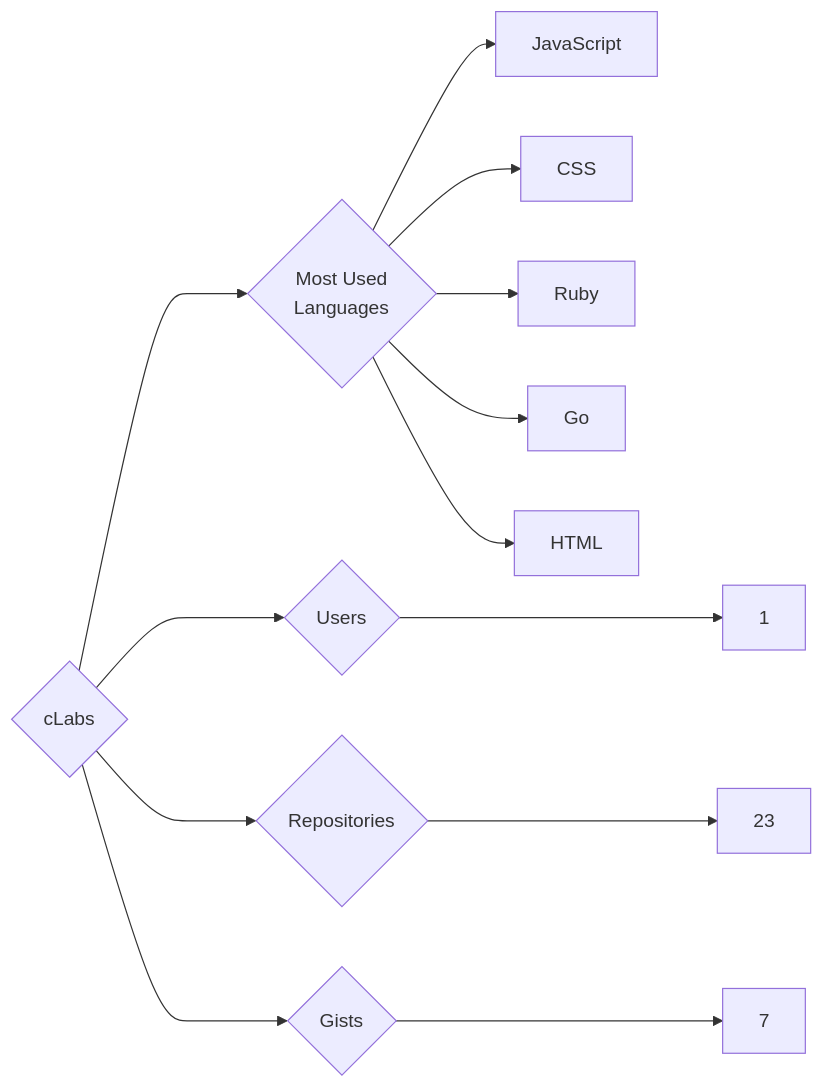
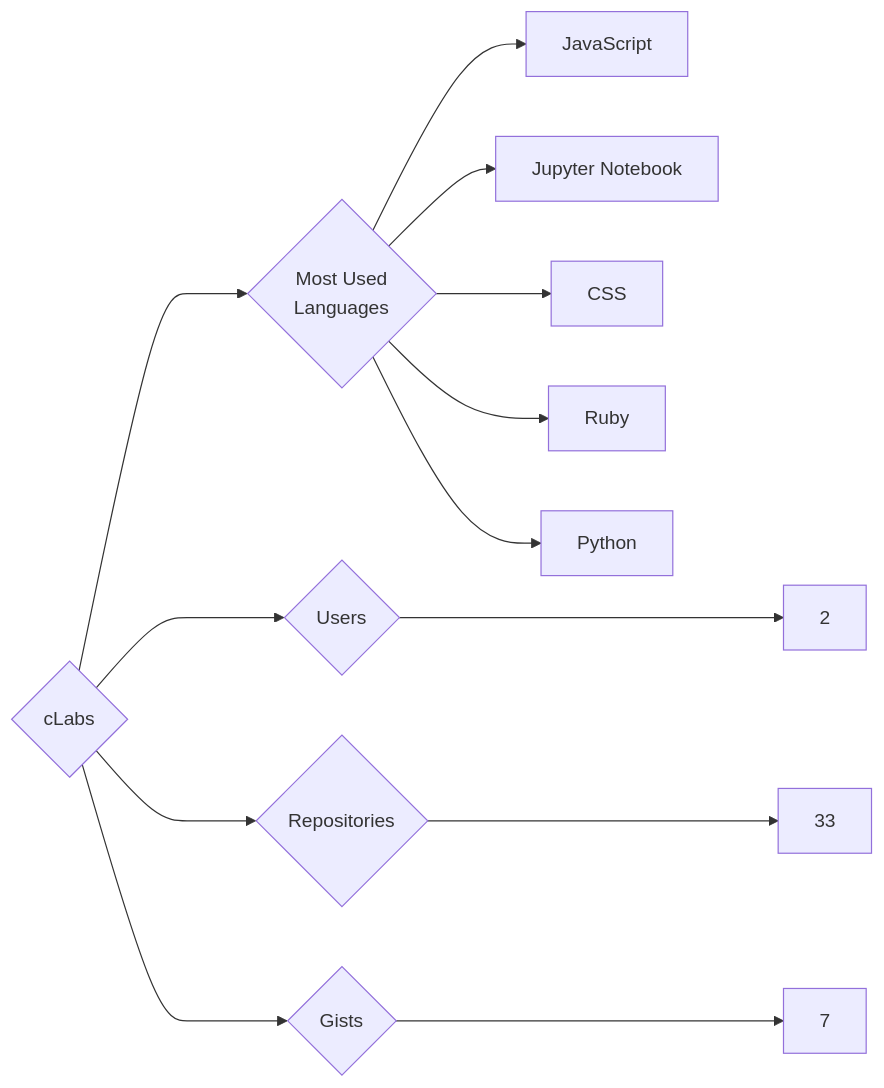
One commit to trickest/insiders changed the diagram in targets/cLabs/README.md. Above: the diagram before and after it, drawn with Mermaid. The commit also changed 1055 other files, not shown here.

````diff
--- a/targets/cLabs/README.md
+++ b/targets/cLabs/README.md
@@ -3,13 +3,13 @@
 ```mermaid
 graph LR
 COMPANY_NAME{cLabs}
-COMPANY_NAME ---> U{Users} ---> UN[1]
-COMPANY_NAME ---> R{Repositories} ---> RN[23]
+COMPANY_NAME ---> U{Users} ---> UN[2]
+COMPANY_NAME ---> R{Repositories} ---> RN[33]
 COMPANY_NAME ---> G{Gists} ---> GN[7]
 COMPANY_NAME ---> ML{Most Used<br>Languages}
 ML --> JavaScript[JavaScript]
+ML --> Jupyter_Notebook[Jupyter Notebook]
 ML --> CSS[CSS]
 ML --> Ruby[Ruby]
-ML --> Go[Go]
-ML --> HTML[HTML]
+ML --> Python[Python]
 ```
````
